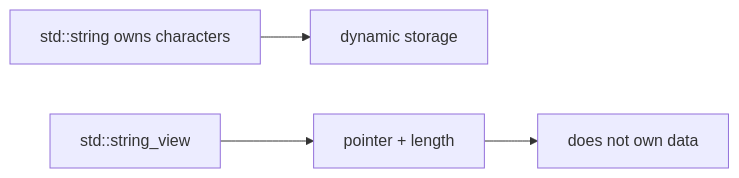
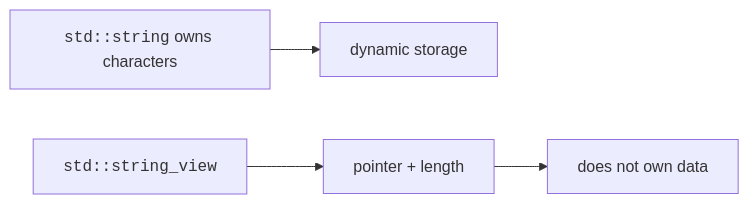
The diagram in content/learn/mastering-dsa-cpp/strings.mdx (dataslope/dataslope), drawn with Mermaid before and after one commit. The commit also changed 153 other files, not shown here.

First line of the commit message:
Render code-only mermaid shapes in monospace; convert step sequences to Steps

````diff
--- a/content/learn/mastering-dsa-cpp/strings.mdx
+++ b/content/learn/mastering-dsa-cpp/strings.mdx
@@ -159,6 +159,6 @@
 ```mermaid
 flowchart LR
-    A["std::string owns characters"] --> B["dynamic storage"]
-    C["std::string_view"] --> D["pointer + length"]
+    A["<code>std::string</code> owns characters"] --> B["dynamic storage"]
+    C["<code>std::string_view</code>"] --> D["pointer + length"]
     D --> E["does not own data"]
 ```
````
